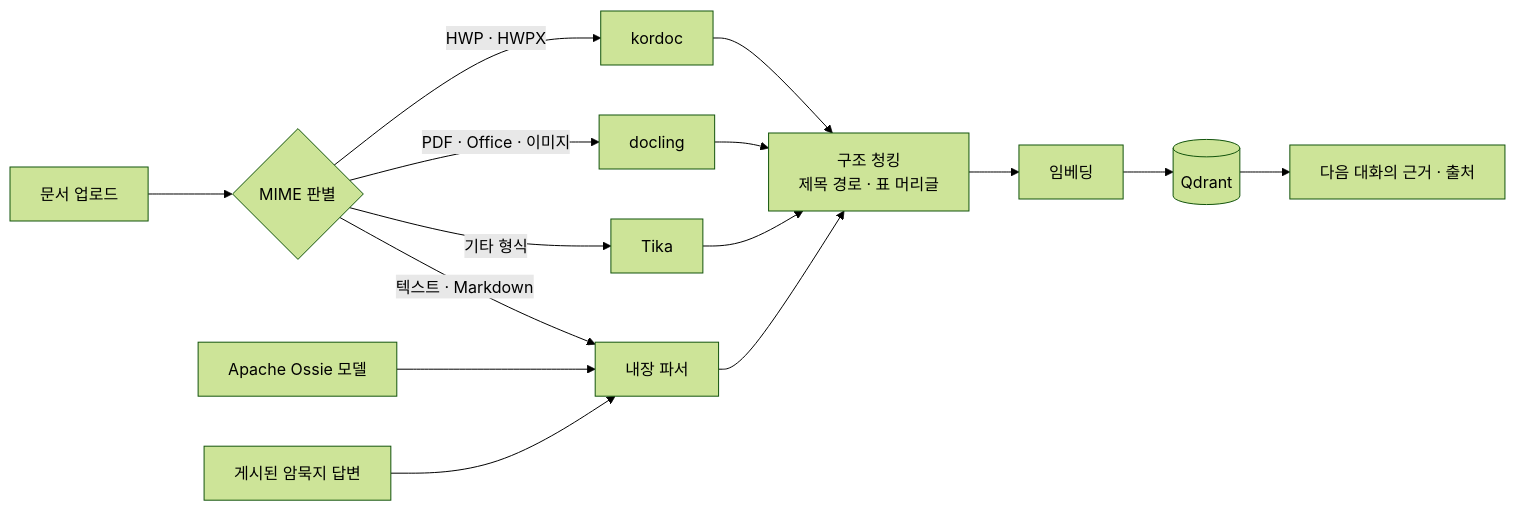
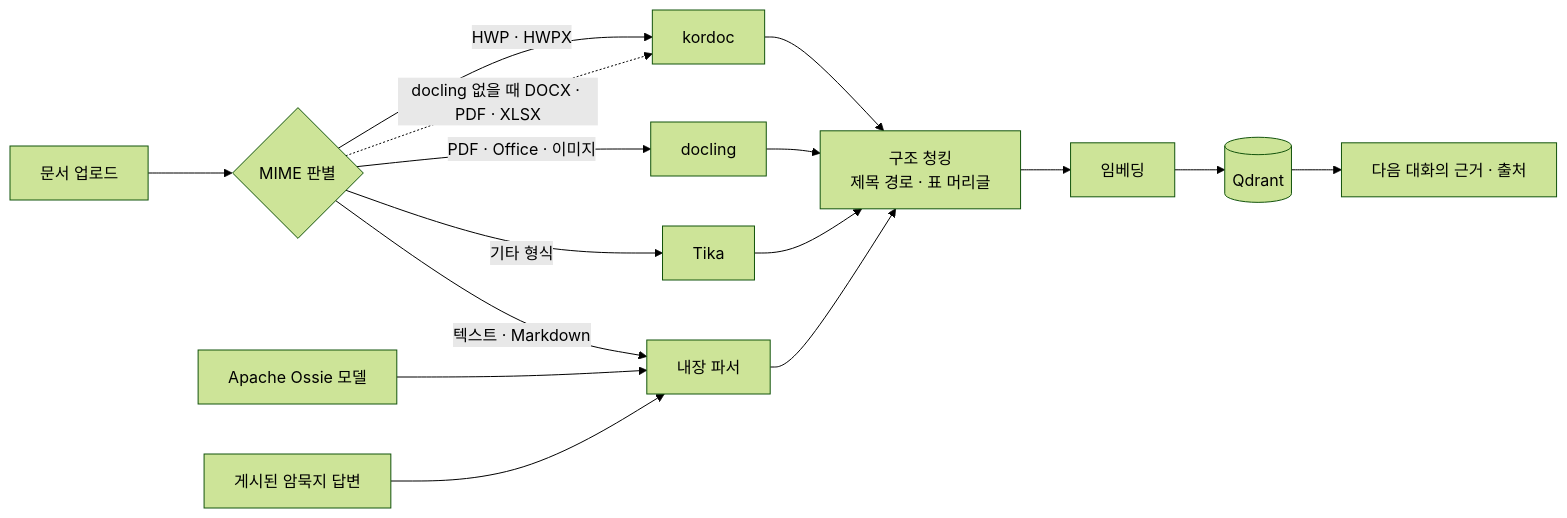
Before and after one commit to baryonlabs/baryon-ax: the seventh of 8 diagrams in README.md, drawn with Mermaid (forest theme). The commit also changed other lines of this file and 4 other files, not shown here.

First line of the commit message:
feat(api): let kordoc parse DOCX, PDF and XLSX when docling is absent (#120)

````diff
--- a/README.md
+++ b/README.md
@@ -623,14 +623,15 @@
 ```mermaid
 flowchart LR
   UP["문서 업로드"] --> MIME{"MIME 판별"}
   MIME -->|HWP · HWPX| KO["kordoc"]
   MIME -->|PDF · Office · 이미지| DO["docling"]
+  MIME -.->|docling 없을 때 DOCX · PDF · XLSX| KO
   MIME -->|기타 형식| TI["Tika"]
   MIME -->|텍스트 · Markdown| TX["내장 파서"]
   OS["Apache Ossie 모델"] --> TX
   TA["게시된 암묵지 답변"] --> TX
   KO & DO & TI & TX --> CH["구조 청킹<br/>제목 경로 · 표 머리글"]
   CH --> EM["임베딩"]
   EM --> Q[("Qdrant")]
   Q --> S["다음 대화의 근거 · 출처"]
 ```
````
